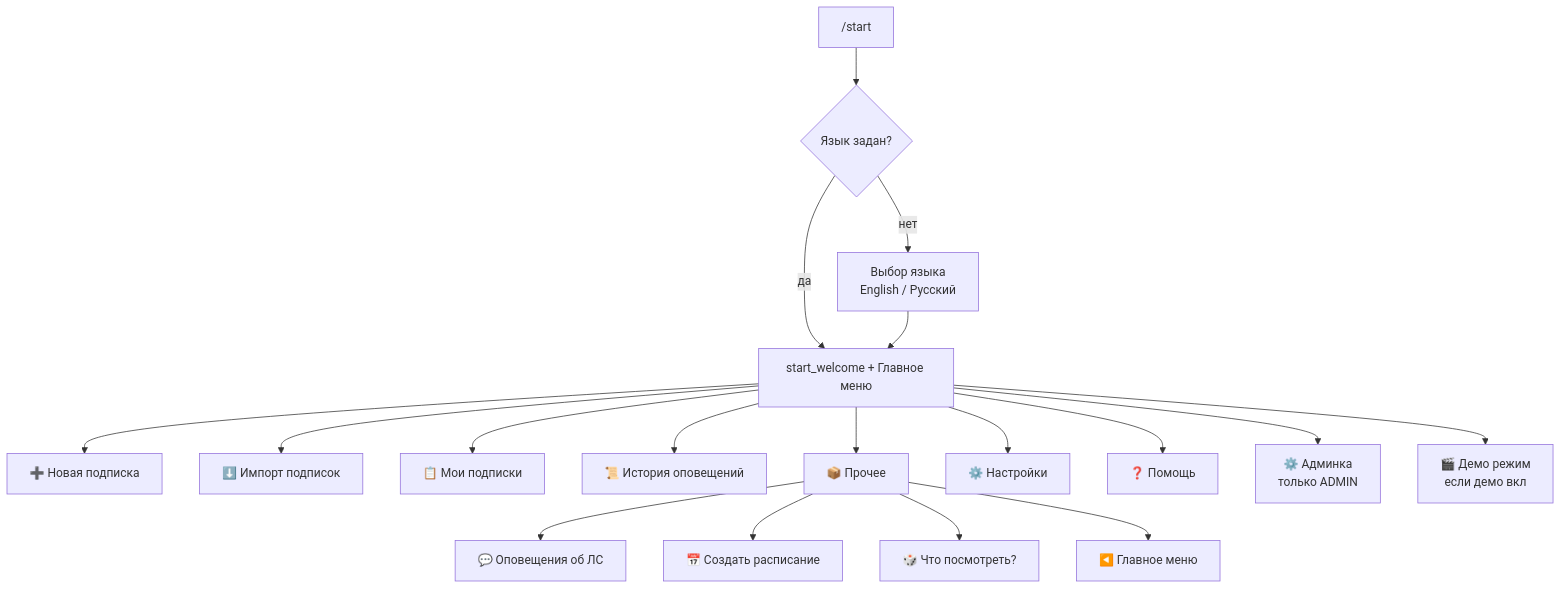
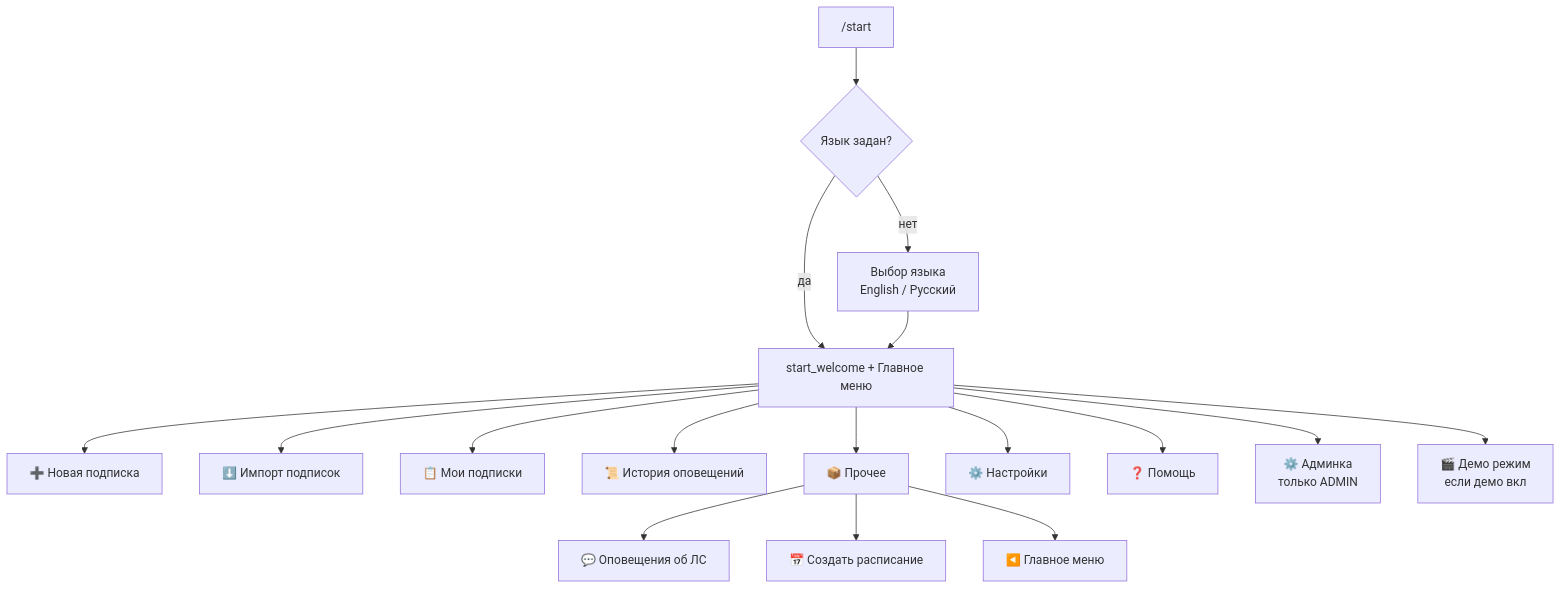
The first of 3 diagrams in docs/user-flow-map.ru.md (Marfa/twitch-telegram-bot), drawn with Mermaid before and after one commit. The commit also changed other lines of this file and 17 other files, not shown here.

````diff
--- a/docs/user-flow-map.ru.md
+++ b/docs/user-flow-map.ru.md
@@ -21,21 +21,20 @@
 ```mermaid
 flowchart TD
   S["/start"] --> L{Язык задан?}
   L -->|нет| LANG["Выбор языка<br/>English / Русский"]
   L -->|да| W["start_welcome + Главное меню"]
   LANG --> W
 
   W --> NEW["➕ Новая подписка"]
   W --> IMP["⬇️ Импорт подписок"]
   W --> SUB["📋 Мои подписки"]
   W --> HIS["📜 История оповещений"]
   W --> OTH["📦 Прочее"]
   W --> SET["⚙️ Настройки"]
   W --> FB["❓ Помощь"]
   W --> ADM["⚙️ Админка<br/>только ADMIN"]
   W --> DEM["🎬 Демо режим<br/>если демо вкл"]
   OTH --> WH["💬 Оповещения об ЛС"]
   OTH --> SCH["📅 Создать расписание"]
-  OTH --> WAT["🎲 Что посмотреть?"]
   OTH --> BACK["◀️ Главное меню"]
 ```
````
